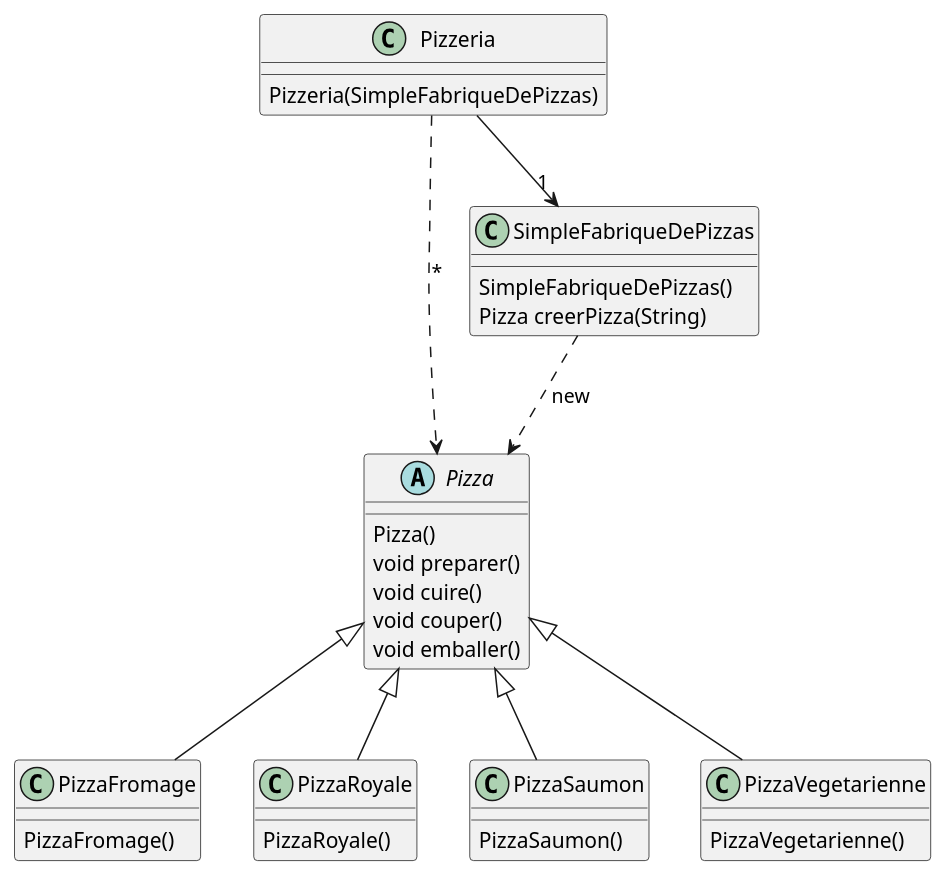
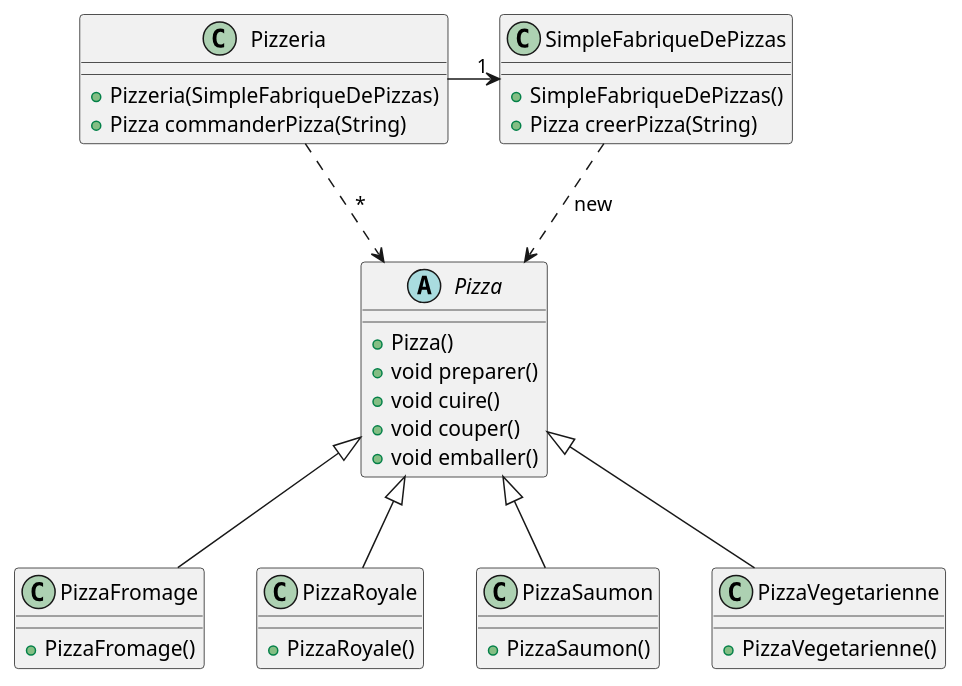
One commit to IUT-Blagnac/cpoa changed the diagram in images/Pizzeria2.plantuml. Above: the diagram before and after it, drawn with PlantUML. The commit also changed 11 other files, not shown here.

```diff
--- a/images/Pizzeria2.plantuml
+++ b/images/Pizzeria2.plantuml
@@ -4,52 +4,53 @@
 @startuml
 
 ' definitions
 ' -----------
 
 ' package ""
 abstract Pizza
 class PizzaFromage
 class PizzaRoyale
 class PizzaSaumon
 class PizzaVegetarienne
 class Pizzeria
 class SimpleFabriqueDePizzas
 ' end package
 
 Pizzeria  ..>  Pizza:*
 SimpleFabriqueDePizzas  ..>  Pizza:new
 ' content
 ' -------
 
 ' Pizzeria:
-Pizzeria --> "1" SimpleFabriqueDePizzas
-Pizzeria : Pizzeria(SimpleFabriqueDePizzas)
+Pizzeria -> "1" SimpleFabriqueDePizzas
+Pizzeria : + Pizzeria(SimpleFabriqueDePizzas)
+Pizzeria : + Pizza commanderPizza(String)
 
 ' PizzaRoyale:
 Pizza <|-- PizzaRoyale
-PizzaRoyale : PizzaRoyale()
+PizzaRoyale : + PizzaRoyale()
 
 ' SimpleFabriqueDePizzas:
-SimpleFabriqueDePizzas : SimpleFabriqueDePizzas()
-SimpleFabriqueDePizzas : Pizza creerPizza(String)
+SimpleFabriqueDePizzas : + SimpleFabriqueDePizzas()
+SimpleFabriqueDePizzas : + Pizza creerPizza(String)
 
 ' PizzaVegetarienne:
 Pizza <|-- PizzaVegetarienne
-PizzaVegetarienne : PizzaVegetarienne()
+PizzaVegetarienne : + PizzaVegetarienne()
 
 ' Pizza:
-Pizza : Pizza()
-Pizza : void preparer()
-Pizza : void cuire()
-Pizza : void couper()
-Pizza : void emballer()
+Pizza : + Pizza()
+Pizza : + void preparer()
+Pizza : + void cuire()
+Pizza : + void couper()
+Pizza : + void emballer()
 
 ' PizzaSaumon:
 Pizza <|-- PizzaSaumon
-PizzaSaumon : PizzaSaumon()
+PizzaSaumon : + PizzaSaumon()
 
 ' PizzaFromage:
 Pizza <|-- PizzaFromage
-PizzaFromage : PizzaFromage()
+PizzaFromage : + PizzaFromage()
 
 @enduml
```
